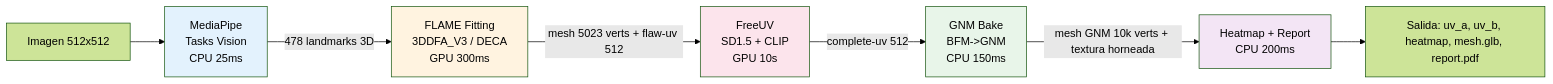
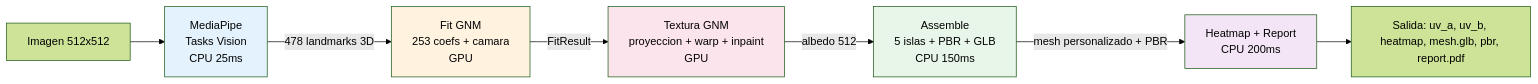
The second of 4 diagrams in PIPELINE.md (dinoesau/vultus), drawn with Mermaid (forest theme) before and after one commit. The commit also changed other lines of this file and 24 other files, not shown here.

First line of the commit message:
feat(gnm): direct GNM fit-texture-PBR pipeline, retire BFM path

````diff
--- a/PIPELINE.md
+++ b/PIPELINE.md
@@ -40,15 +40,15 @@
 ```mermaid
 graph LR
     I["Imagen 512x512"] --> M["MediaPipe<br/>Tasks Vision<br/>CPU 25ms"]
-    M -->|"478 landmarks 3D"| F["FLAME Fitting<br/>3DDFA_V3 / DECA<br/>GPU 300ms"]
-    F -->|"mesh 5023 verts + flaw-uv 512"| U["FreeUV<br/>SD1.5 + CLIP<br/>GPU 10s"]
-    U -->|"complete-uv 512"| G["GNM Bake<br/>BFM->GNM<br/>CPU 150ms"]
-    G -->|"mesh GNM 10k verts + textura horneada"| H["Heatmap + Report<br/>CPU 200ms"]
-    H --> O["Salida: uv_a, uv_b, heatmap, mesh.glb, report.pdf"]
+    M -->|"478 landmarks 3D"| F["Fit GNM<br/>253 coefs + camara<br/>GPU"]
+    F -->|"FitResult"| U["Textura GNM<br/>proyeccion + warp + inpaint<br/>GPU"]
+    U -->|"albedo 512"| G["Assemble<br/>5 islas + PBR + GLB<br/>CPU 150ms"]
+    G -->|"mesh personalizado + PBR"| H["Heatmap + Report<br/>CPU 200ms"]
+    H --> O["Salida: uv_a, uv_b, heatmap, mesh.glb, pbr, report.pdf"]
 
     style M fill:#e3f2fd
     style F fill:#fff3e0
     style U fill:#fce4ec
     style G fill:#e8f5e9
     style H fill:#f3e5f5
 ```
````
